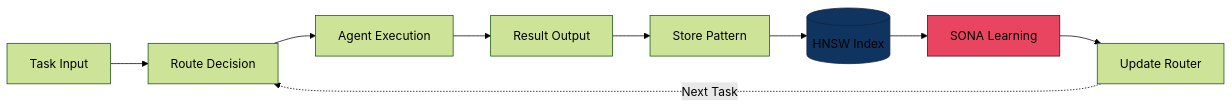
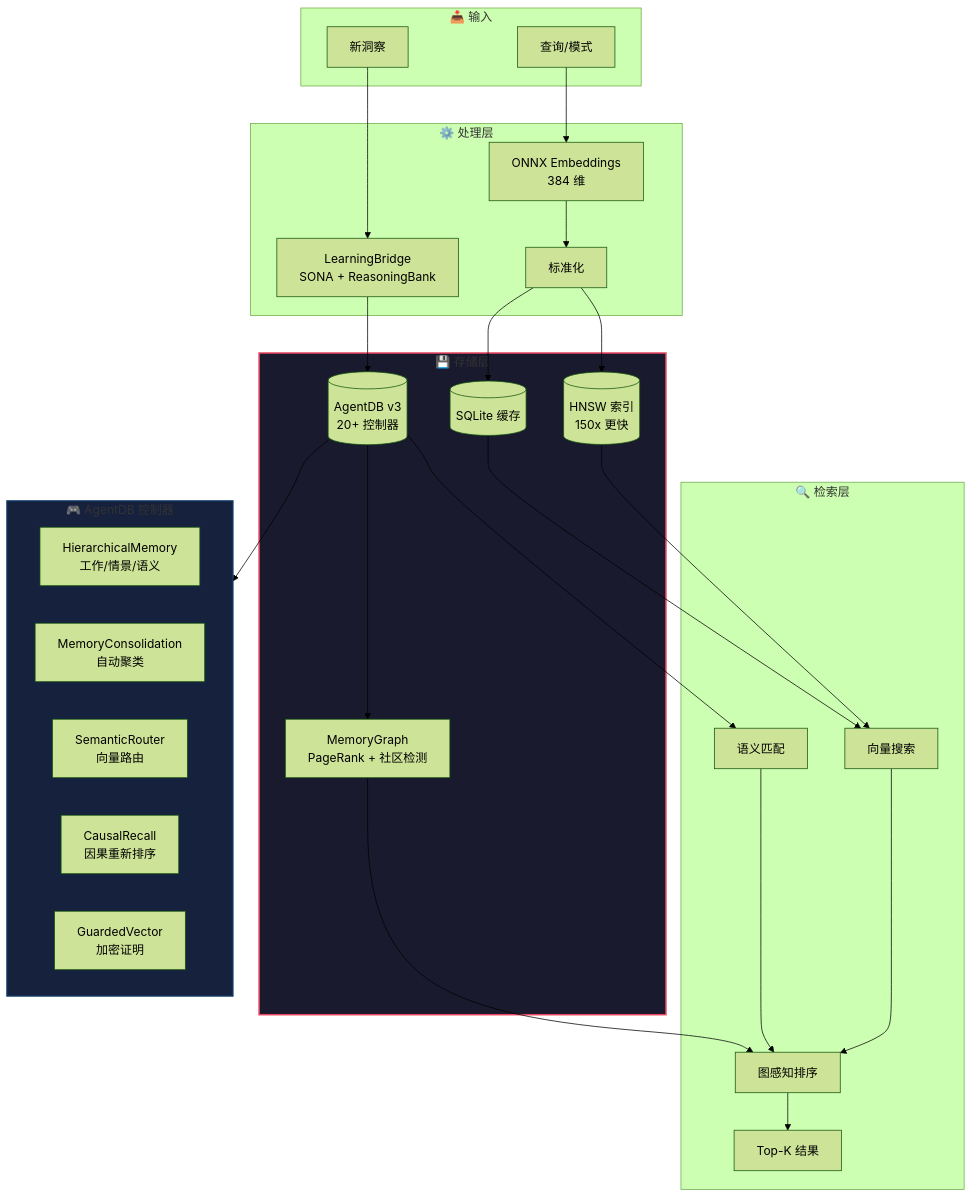
Before and after one commit to qq654436/TianShu-Agent-Deep-Dive: the fifth of 10 diagrams in diagrams/prey_010_architecture.md, drawn with Mermaid (forest theme). The commit also changed other lines of this file and 5 other files, not shown here.

````diff
--- a/diagrams/prey_010_architecture.md
+++ b/diagrams/prey_010_architecture.md
@@ -204,17 +254,54 @@
 ```mermaid
-flowchart LR
-    Task[Task Input] --> Route[Route Decision]
-    Route --> Execute[Agent Execution]
-    Execute --> Result[Result Output]
-    
-    Result --> Store[Store Pattern]
-    Store --> HNSW[(HNSW Index)]
-    
-    HNSW --> Learn[SONA Learning]
-    Learn --> Update[Update Router]
-    
-    Update -.->|Next Task| Route
-    
-    style Learn fill:#e94560,stroke:#1a1a2e
-    style HNSW fill:#0f3460,stroke:#16213e
+flowchart TB
+    subgraph Input["📥 输入"]
+        Query[查询/模式]
+        Insight[新洞察]
+    end
+
+    subgraph Processing["⚙️ 处理层"]
+        Embed[ONNX Embeddings<br/>384 维]
+        Normalize[标准化]
+        Learn[LearningBridge<br/>SONA + ReasoningBank]
+    end
+
+    subgraph Storage["💾 存储层"]
+        HNSW[(HNSW 索引<br/>150x 更快)]
+        SQLite[(SQLite 缓存)]
+        AgentDB[(AgentDB v3<br/>20+ 控制器)]
+        Graph[MemoryGraph<br/>PageRank + 社区检测]
+    end
+
+    subgraph Retrieval["🔍 检索层"]
+        Vector[向量搜索]
+        Semantic[语义匹配]
+        Rank[图感知排序]
+        Results[Top-K 结果]
+    end
+
+    subgraph Controllers["🎮 AgentDB 控制器"]
+        C1[HierarchicalMemory<br/>工作/情景/语义]
+        C2[MemoryConsolidation<br/>自动聚类]
+        C3[SemanticRouter<br/>向量路由]
+        C4[CausalRecall<br/>因果重新排序]
+        C5[GuardedVector<br/>加密证明]
+    end
+
+    Query --> Embed
+    Embed --> Normalize
+    Normalize --> HNSW & SQLite
+    Insight --> Learn
+    Learn --> AgentDB
+    AgentDB --> Graph
+    AgentDB --> Controllers
+
+    HNSW --> Vector
+    SQLite --> Vector
+    AgentDB --> Semantic
+    Vector --> Rank
+    Semantic --> Rank
+    Graph --> Rank
+    Rank --> Results
+
+    style Storage fill:#1a1a2e,stroke:#e94560,stroke-width:2px
+    style Controllers fill:#16213e,stroke:#0f3460,stroke-width:2px
 ```
````
